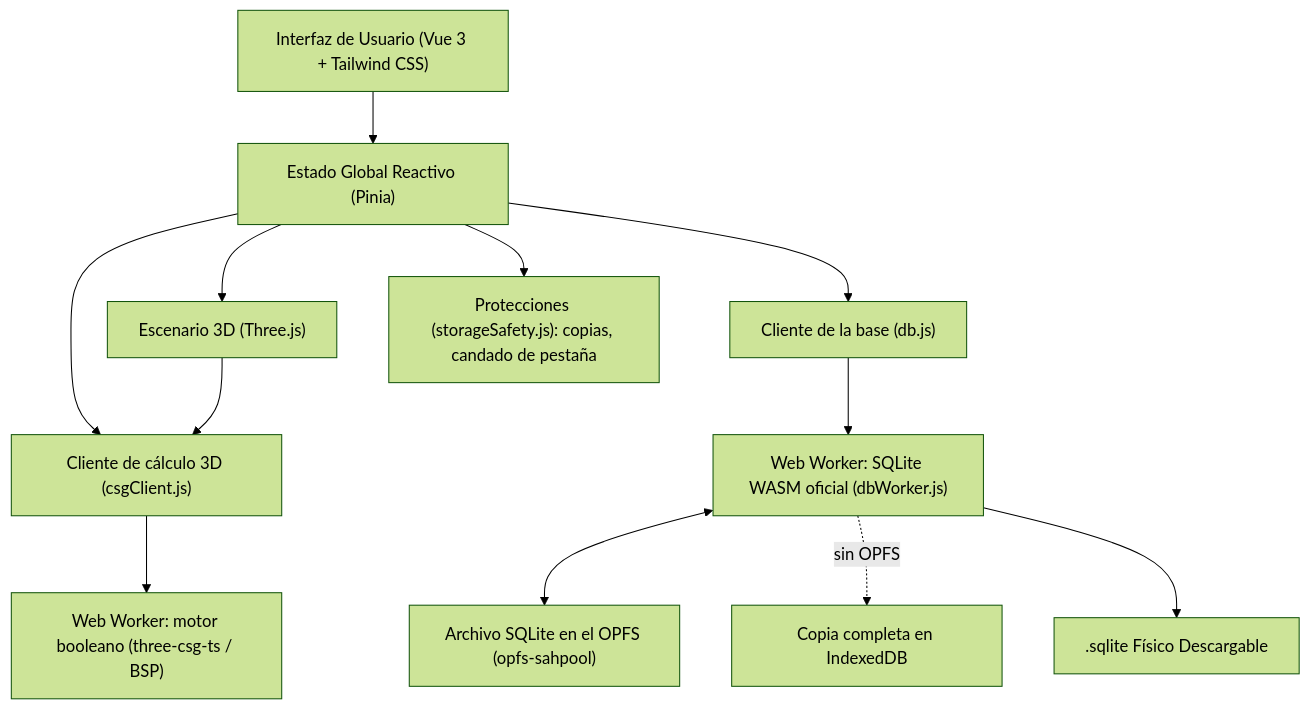
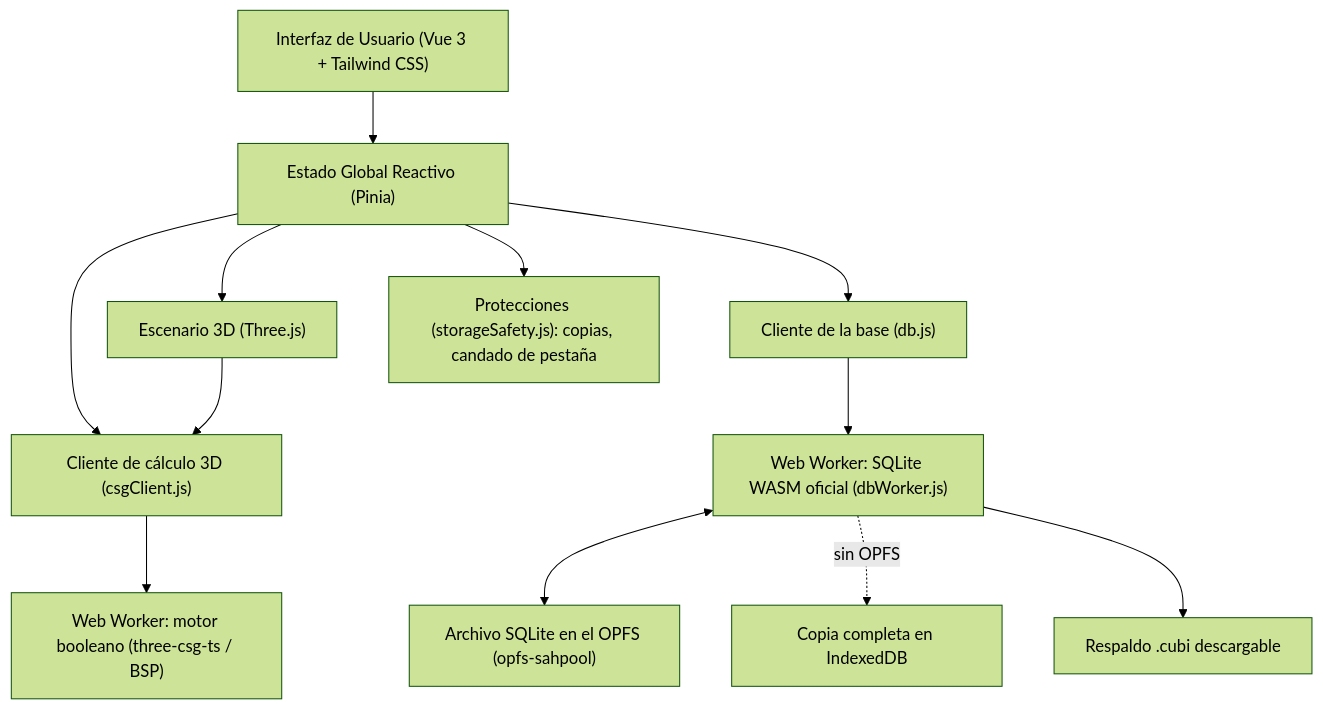
The diagram in docs/02-arquitectura-y-stack.md (inidep-observadores/cubicador), drawn with Mermaid (forest theme) before and after one commit. The commit also changed other lines of this file and 15 other files, not shown here.

````diff
--- a/docs/02-arquitectura-y-stack.md
+++ b/docs/02-arquitectura-y-stack.md
@@ -10,14 +10,14 @@
 ```mermaid
 graph TD
     UI["Interfaz de Usuario (Vue 3 + Tailwind CSS)"] --> Store["Estado Global Reactivo (Pinia)"]
     Store --> Engine3D["Escenario 3D (Three.js)"]
     Store --> Client["Cliente de cálculo 3D (csgClient.js)"]
     Engine3D --> Client
     Client --> Worker["Web Worker: motor booleano (three-csg-ts / BSP)"]
     Store --> DBService["Cliente de la base (db.js)"]
     DBService --> DBWorker["Web Worker: SQLite WASM oficial (dbWorker.js)"]
     DBWorker <--> OPFS["Archivo SQLite en el OPFS (opfs-sahpool)"]
     DBWorker -. "sin OPFS" .-> IDB["Copia completa en IndexedDB"]
-    DBWorker --> Export[".sqlite Físico Descargable"]
+    DBWorker --> Export["Respaldo .cubi descargable"]
     Store --> Safety["Protecciones (storageSafety.js): copias, candado de pestaña"]
 ```
````
